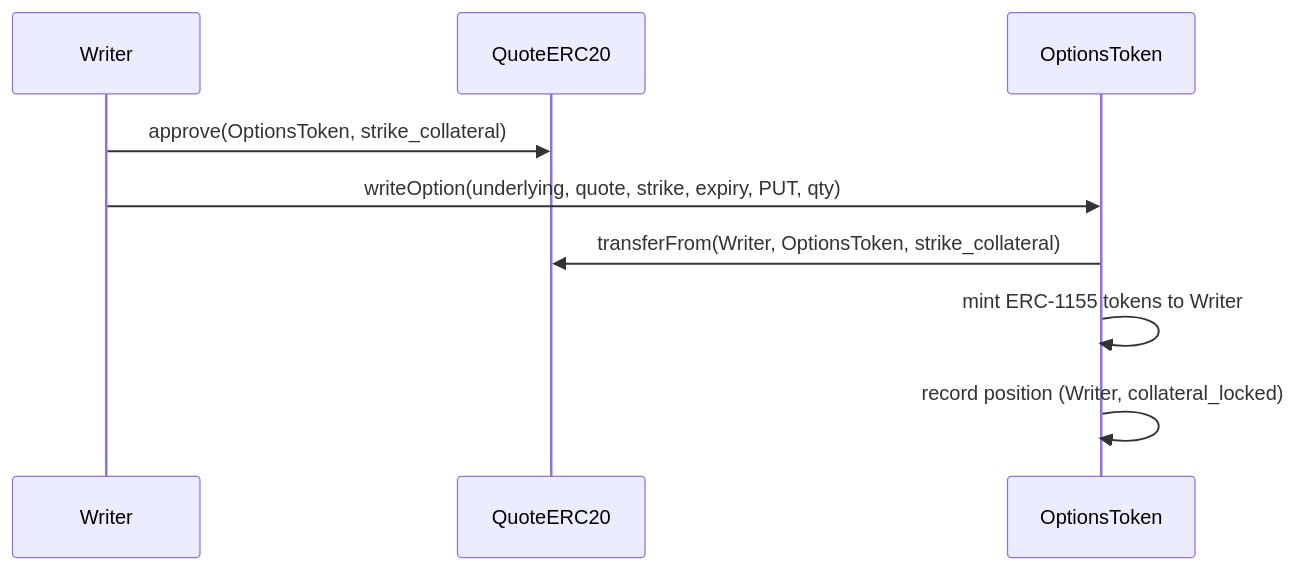
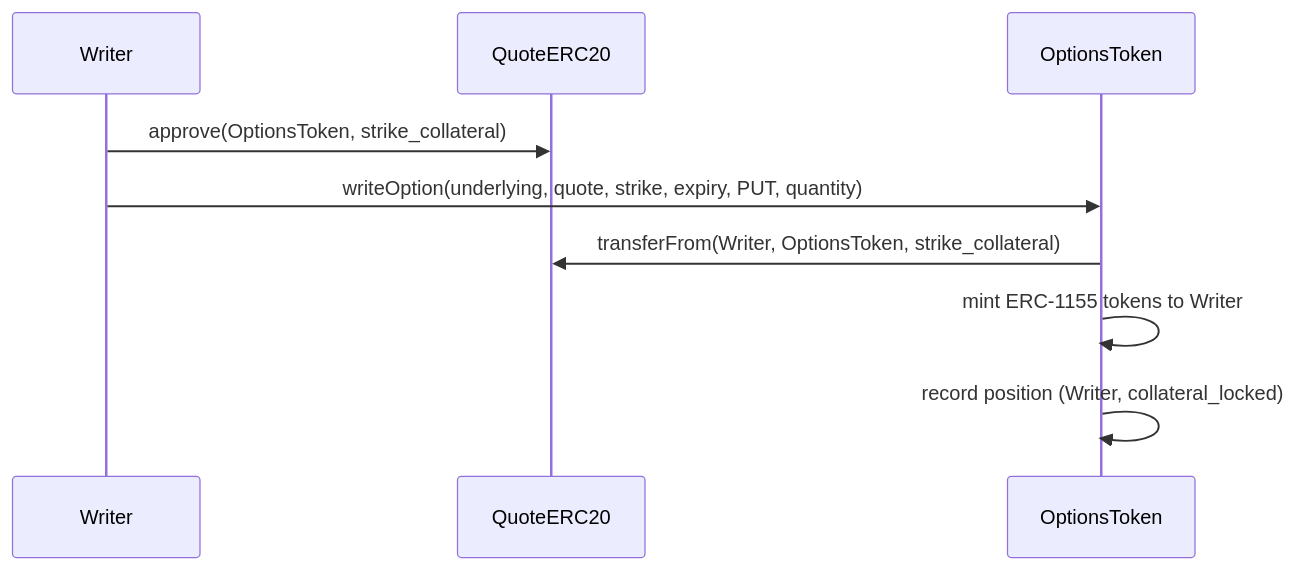
The third of 7 diagrams in SPEC.md (0xgleb/optional), drawn with Mermaid before and after one commit. The commit also changed other lines of this file, not shown here.

````diff
--- a/SPEC.md
+++ b/SPEC.md
@@ -253,12 +277,12 @@
 ```mermaid
 sequenceDiagram
     participant Writer
     participant QuoteERC20
     participant OptionsToken
     
     Writer->>QuoteERC20: approve(OptionsToken, strike_collateral)
-    Writer->>OptionsToken: writeOption(underlying, quote, strike, expiry, PUT, qty)
+    Writer->>OptionsToken: writeOption(underlying, quote, strike, expiry, PUT, quantity)
     OptionsToken->>QuoteERC20: transferFrom(Writer, OptionsToken, strike_collateral)
     OptionsToken->>OptionsToken: mint ERC-1155 tokens to Writer
     OptionsToken->>OptionsToken: record position (Writer, collateral_locked)
 ```
````
